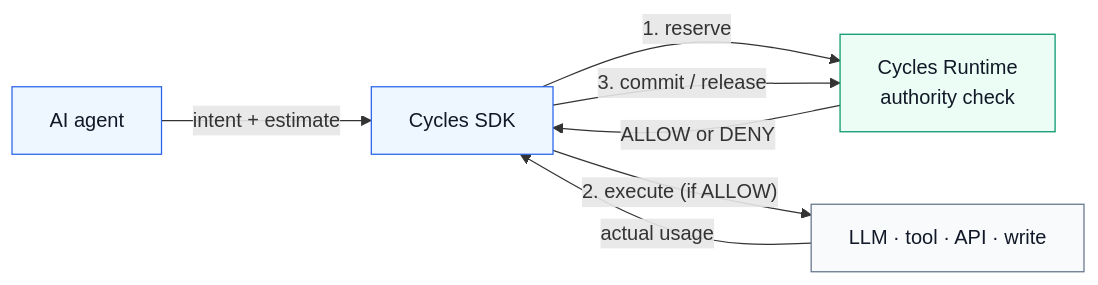
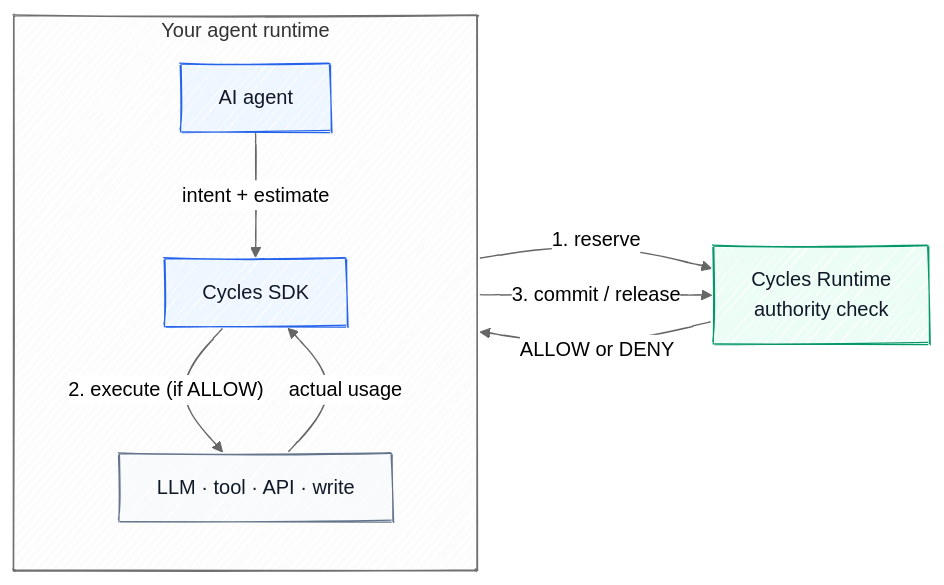
One commit to runcycles/.github changed the diagram in profile/README.md. Above: the diagram before and after it, drawn with Mermaid. The commit also changed 1 other file, not shown here.

First paragraph of the commit message:
docs(diagrams): hand-drawn look + clearer agent-runtime boundary
Two changes to both architecture diagrams (profile README + ARCHITECTURE.md):

````diff
--- a/profile/README.md
+++ b/profile/README.md
@@ -15,22 +15,29 @@
 ```mermaid
+---
+config:
+  look: handDrawn
+  theme: neutral
+---
 flowchart LR
-  AGENT["AI agent"]
-  SDK["Cycles SDK"]
-  RUNTIME["Cycles Runtime<br/>authority check"]
-  ACTION["LLM · tool · API · write"]
+  subgraph APP["Your agent runtime"]
+    direction TB
+    AGENT["AI agent"]
+    SDK["Cycles SDK"]
+    ACTION["LLM · tool · API · write"]
+    AGENT -->|"intent + estimate"| SDK
+    SDK -->|"2. execute (if ALLOW)"| ACTION
+    ACTION -->|"actual usage"| SDK
+  end
 
-  AGENT -->|"intent + estimate"| SDK
-  SDK -->|"1. reserve"| RUNTIME
+  SDK -->|"1. reserve"| RUNTIME["Cycles Runtime<br/>authority check"]
   RUNTIME -->|"ALLOW or DENY"| SDK
-  SDK -->|"2. execute (if ALLOW)"| ACTION
-  ACTION -->|"actual usage"| SDK
   SDK -->|"3. commit / release"| RUNTIME
 
   classDef primary fill:#eef6ff,stroke:#2563eb,stroke-width:1px,color:#111827;
   classDef runtime fill:#ecfdf5,stroke:#059669,stroke-width:1px,color:#111827;
   classDef action fill:#f8fafc,stroke:#64748b,stroke-width:1px,color:#111827;
 
   class AGENT,SDK primary;
   class RUNTIME runtime;
   class ACTION action;
 ```
````
